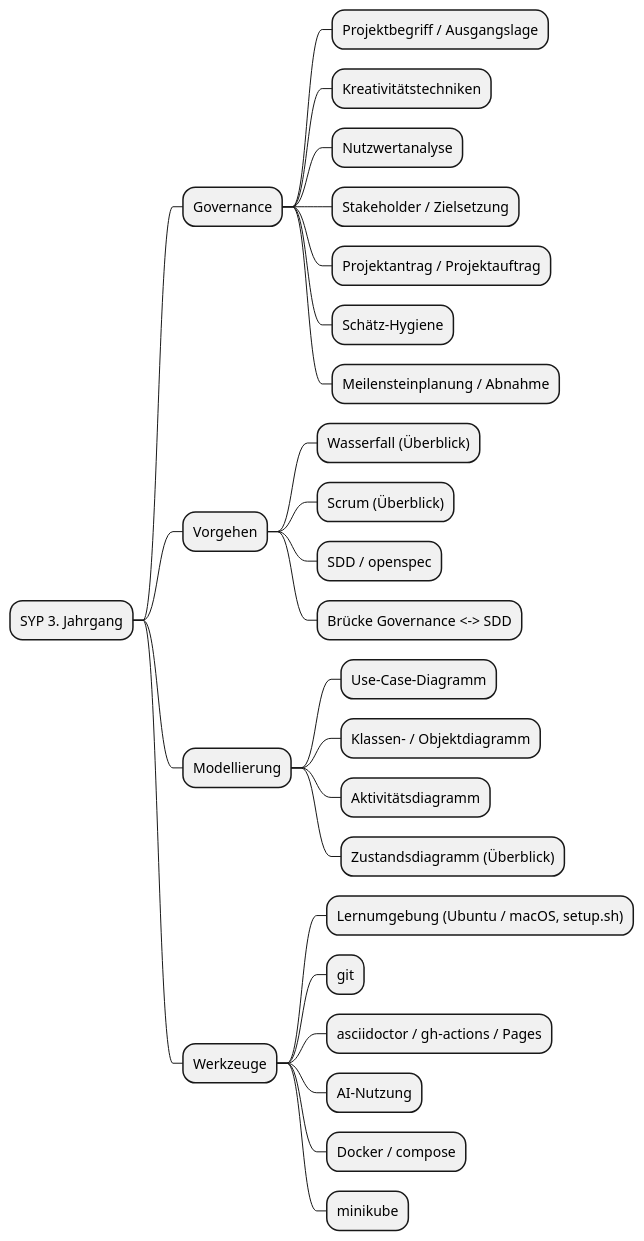
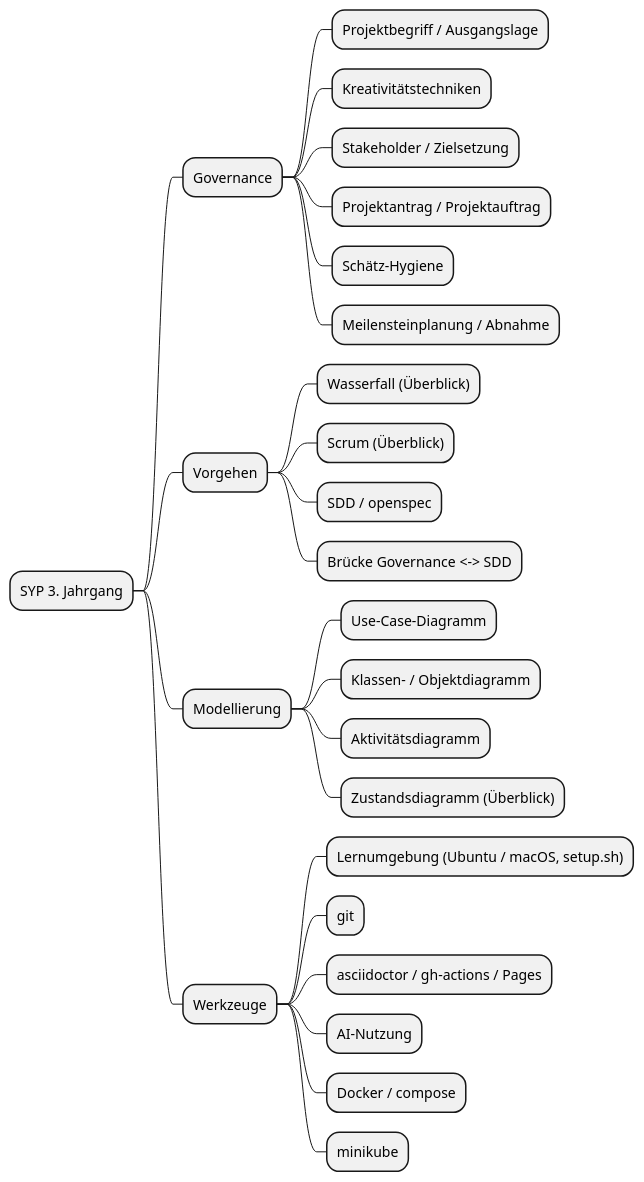
One commit to htl-leonding-college/curriculum-syp3 changed the second of 2 diagrams in openspec/changes/define-syp3-curriculum/design.md. Above: the diagram before and after it, drawn with PlantUML. The commit also changed other lines of this file and 14 other files, not shown here.

````diff
--- a/openspec/changes/define-syp3-curriculum/design.md
+++ b/openspec/changes/define-syp3-curriculum/design.md
@@ -329,30 +339,29 @@
 ```plantuml
 @startmindmap
 * SYP 3. Jahrgang
 ** Governance
 *** Projektbegriff / Ausgangslage
 *** Kreativitätstechniken
-*** Nutzwertanalyse
 *** Stakeholder / Zielsetzung
 *** Projektantrag / Projektauftrag
 *** Schätz-Hygiene
 *** Meilensteinplanung / Abnahme
 ** Vorgehen
 *** Wasserfall (Überblick)
 *** Scrum (Überblick)
 *** SDD / openspec
 *** Brücke Governance <-> SDD
 ** Modellierung
 *** Use-Case-Diagramm
 *** Klassen- / Objektdiagramm
 *** Aktivitätsdiagramm
 *** Zustandsdiagramm (Überblick)
 ** Werkzeuge
 *** Lernumgebung (Ubuntu / macOS, setup.sh)
 *** git
 *** asciidoctor / gh-actions / Pages
 *** AI-Nutzung
 *** Docker / compose
 *** minikube
 @endmindmap
 ```
````
